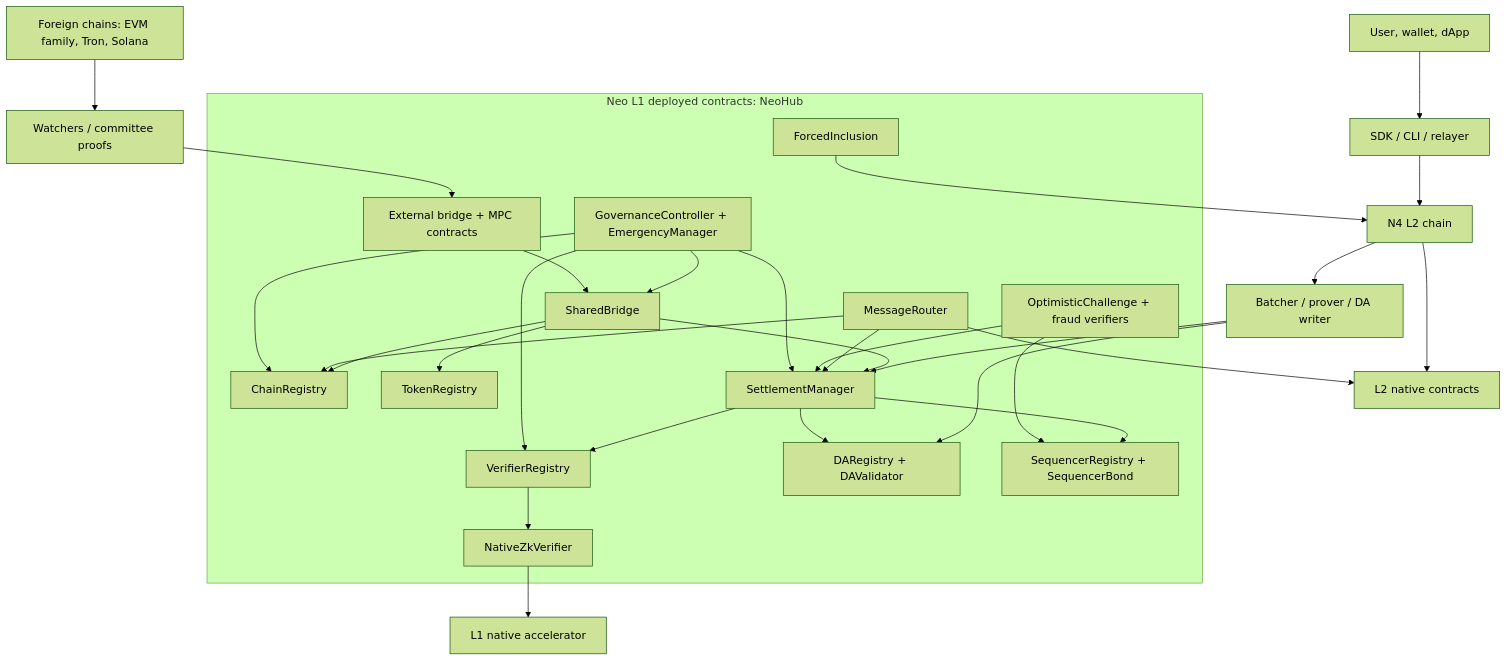
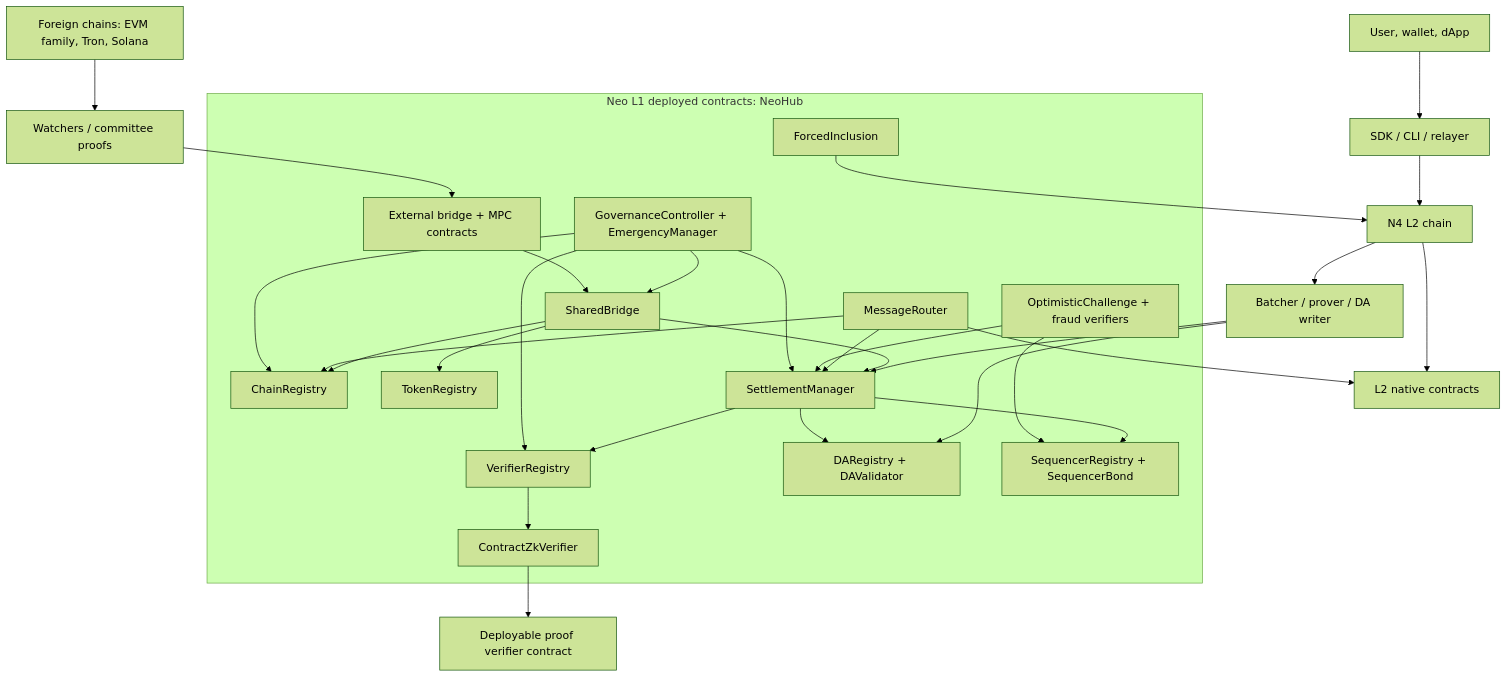
The first of 10 diagrams in docs/neohub-architecture-and-workflows.md (r3e-network/neo-n4), drawn with Mermaid (forest theme) before and after one commit. The commit also changed other lines of this file and 97 other files, not shown here.

````diff
--- a/docs/neohub-architecture-and-workflows.md
+++ b/docs/neohub-architecture-and-workflows.md
@@ -38,48 +39,48 @@
 ```mermaid
 flowchart TB
     user["User, wallet, dApp"] --> sdk["SDK / CLI / relayer"]
     sdk --> l2["N4 L2 chain"]
     l2 --> batcher["Batcher / prover / DA writer"]
     l2 --> l2native["L2 native contracts"]
 
     subgraph l1["Neo L1 deployed contracts: NeoHub"]
         chain["ChainRegistry"]
         token["TokenRegistry"]
         bridge["SharedBridge"]
         settle["SettlementManager"]
         verifier["VerifierRegistry"]
-        nativezk["NativeZkVerifier"]
+        nativezk["ContractZkVerifier"]
         msg["MessageRouter"]
         da["DARegistry + DAValidator"]
         seq["SequencerRegistry + SequencerBond"]
         force["ForcedInclusion"]
         challenge["OptimisticChallenge + fraud verifiers"]
         gov["GovernanceController + EmergencyManager"]
         ext["External bridge + MPC contracts"]
     end
 
     batcher --> da
     batcher --> settle
     settle --> verifier
     verifier --> nativezk
-    nativezk --> nativeacc["L1 native accelerator"]
+    nativezk --> nativeacc["Deployable proof verifier contract"]
     settle --> da
     settle --> seq
     bridge --> token
     bridge --> chain
     bridge --> settle
     msg --> chain
     msg --> settle
     msg --> l2native
     force --> l2
     challenge --> settle
     challenge --> seq
     gov --> chain
     gov --> verifier
     gov --> bridge
     gov --> settle
     ext --> bridge
 
     foreign["Foreign chains: EVM family, Tron, Solana"] --> watcher["Watchers / committee proofs"]
     watcher --> ext
 ```
````
